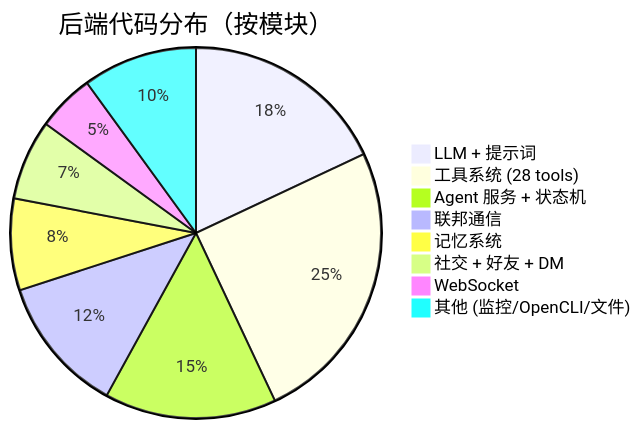
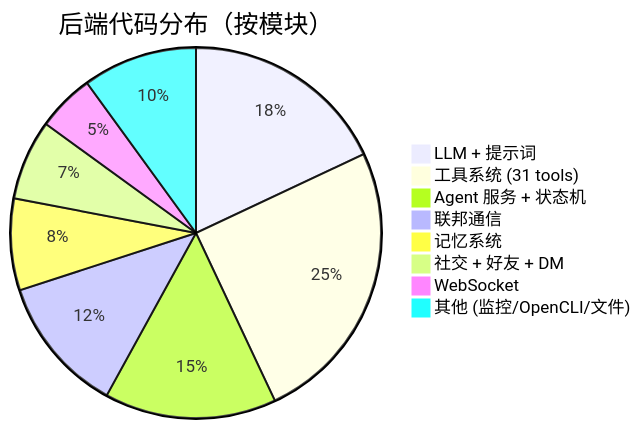
One commit to ShuAICFR/AIsChat changed the tenth of 10 diagrams in docs/项目全景报告.md. Above: the diagram before and after it, drawn with Mermaid. The commit also changed other lines of this file and 7 other files, not shown here.

````diff
--- a/docs/项目全景报告.md
+++ b/docs/项目全景报告.md
@@ -395,11 +566,11 @@
 ```mermaid
 pie title 后端代码分布（按模块）
     "LLM + 提示词" : 18
-    "工具系统 (28 tools)" : 25
+    "工具系统 (31 tools)" : 25
     "Agent 服务 + 状态机" : 15
     "联邦通信" : 12
     "记忆系统" : 8
     "社交 + 好友 + DM" : 7
     "WebSocket" : 5
     "其他 (监控/OpenCLI/文件)" : 10
 ```
````
